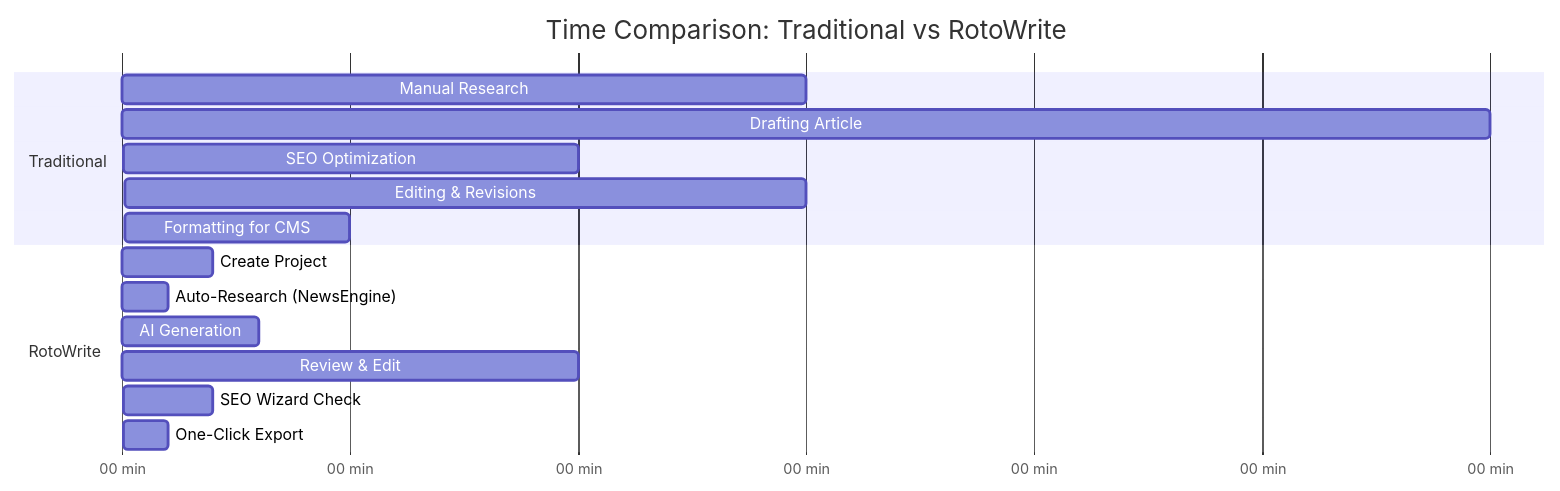
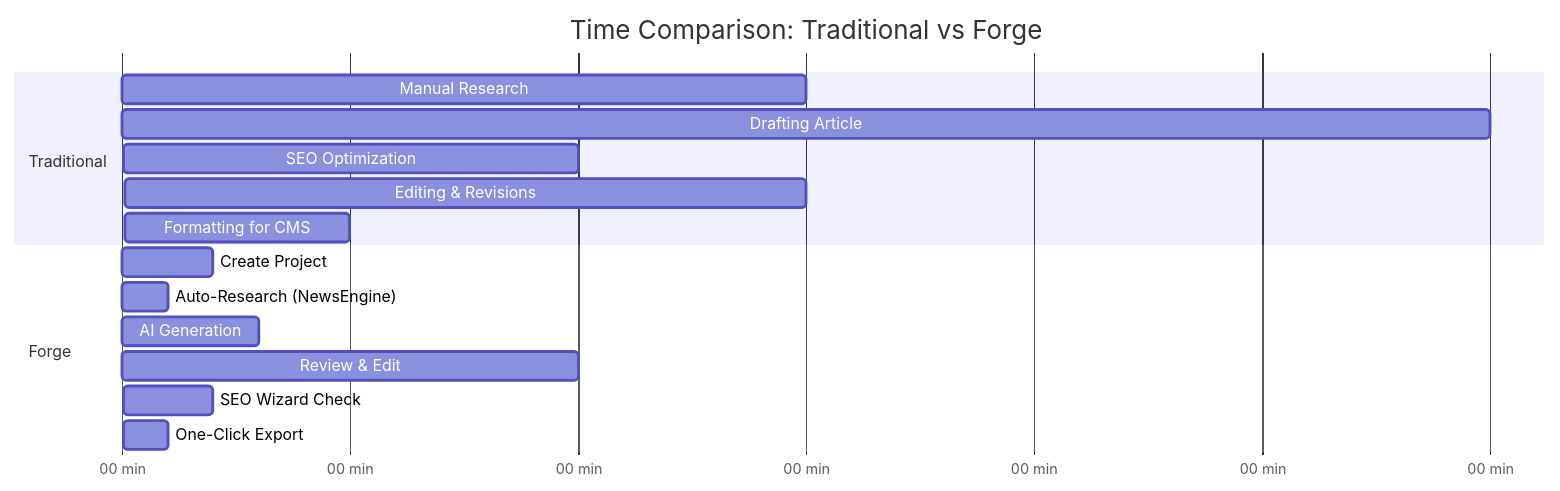
Before and after one commit to verygooddesigners/forge: the second of 2 diagrams in presentation-diagrams/workflow-diagram.md, drawn with Mermaid. The commit also changed other lines of this file and 132 other files, not shown here.

First line of the commit message:
Rename application from RotoWrite to Forge

````diff
--- a/presentation-diagrams/workflow-diagram.md
+++ b/presentation-diagrams/workflow-diagram.md
@@ -27,21 +27,21 @@
 ```mermaid
 gantt
-    title Time Comparison: Traditional vs RotoWrite
+    title Time Comparison: Traditional vs Forge
     dateFormat X
     axisFormat %M min
     
     section Traditional
     Manual Research           :0, 15
     Drafting Article          :15, 30
     SEO Optimization          :45, 10
     Editing & Revisions       :55, 15
     Formatting for CMS        :70, 5
     
-    section RotoWrite
+    section Forge
     Create Project            :0, 2
     Auto-Research (NewsEngine):2, 1
     AI Generation             :3, 3
     Review & Edit             :6, 10
     SEO Wizard Check          :16, 2
     One-Click Export          :18, 1
 ```
````
